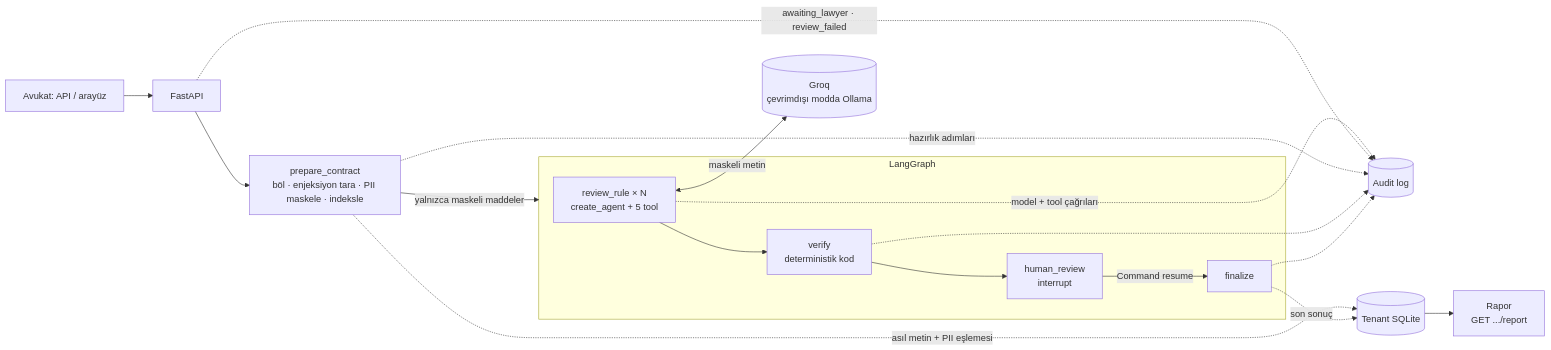
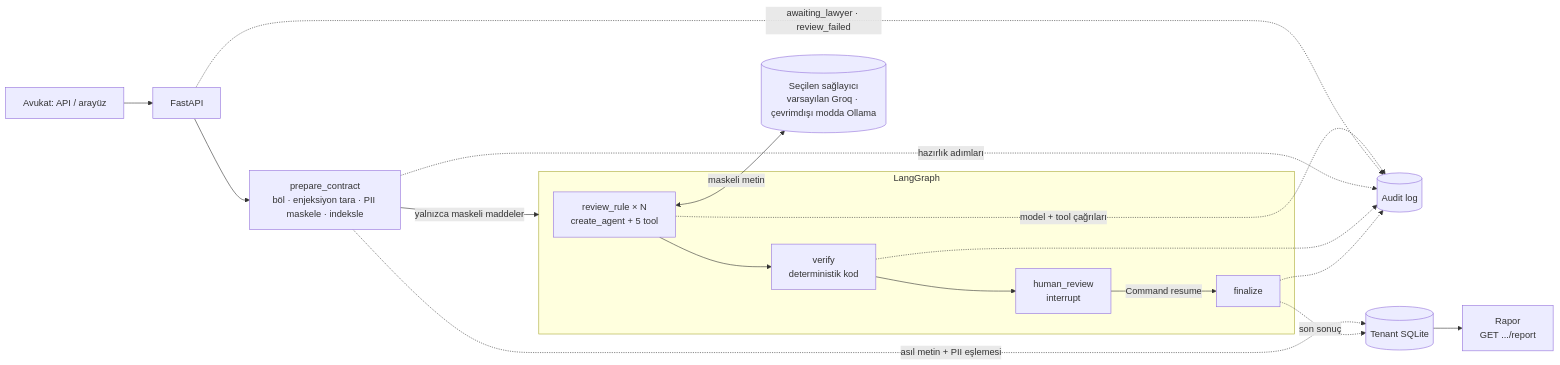
Before and after one commit to efeboyacim/uplico-ai: the diagram in docs/architecture.md, drawn with Mermaid. The commit also changed other lines of this file and 6 other files, not shown here.

````diff
--- a/docs/architecture.md
+++ b/docs/architecture.md
@@ -15,20 +15,20 @@
 ```mermaid
 flowchart LR
     U[Avukat: API / arayüz] --> API[FastAPI]
     API --> P[prepare_contract<br/>böl · enjeksiyon tara · PII maskele · indeksle]
     P -->|yalnızca maskeli maddeler| G
     subgraph G[LangGraph]
         A[review_rule × N<br/>create_agent + 5 tool] --> V[verify<br/>deterministik kod]
         V --> H[human_review<br/>interrupt]
         H -->|Command resume| F[finalize]
     end
-    A <-->|maskeli metin| LLM[(Groq<br/>çevrimdışı modda Ollama)]
+    A <-->|maskeli metin| LLM[(Seçilen sağlayıcı<br/>varsayılan Groq · çevrimdışı modda Ollama)]
     A -. model + tool çağrıları .-> AUD[(Audit log)]
     API -. awaiting_lawyer · review_failed .-> AUD
     P -. hazırlık adımları .-> AUD
     V -.-> AUD
     F -.-> AUD
     P -. asıl metin + PII eşlemesi .-> DB[(Tenant SQLite)]
     F -. son sonuç .-> DB
     DB --> R[Rapor<br/>GET .../report]
 ```
````
